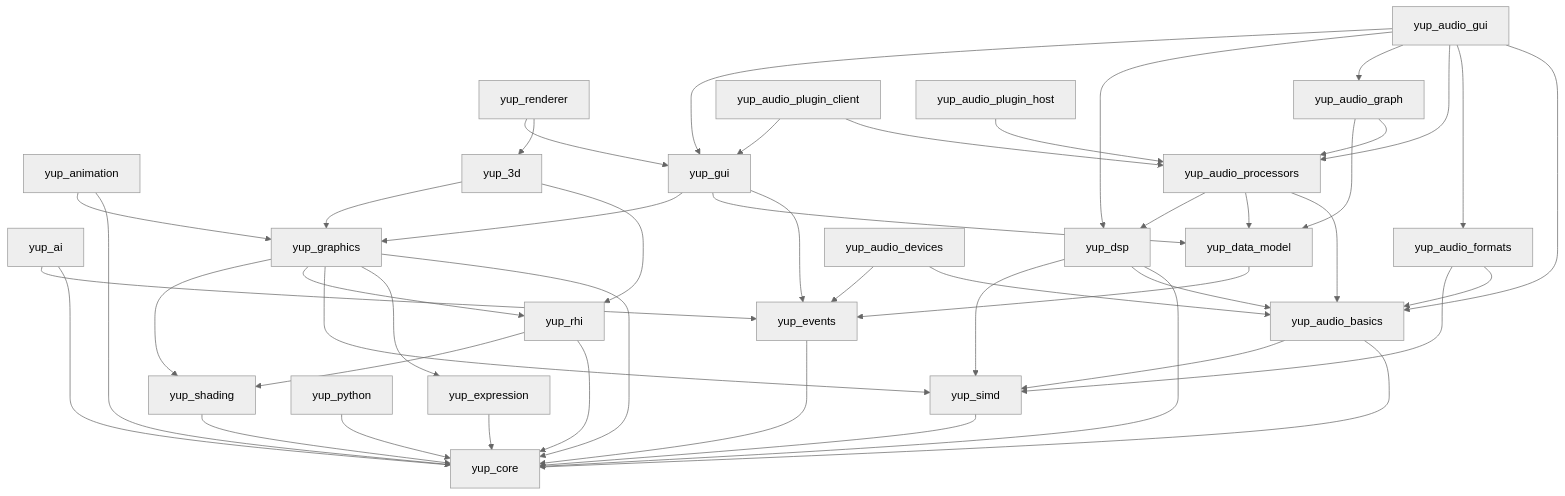
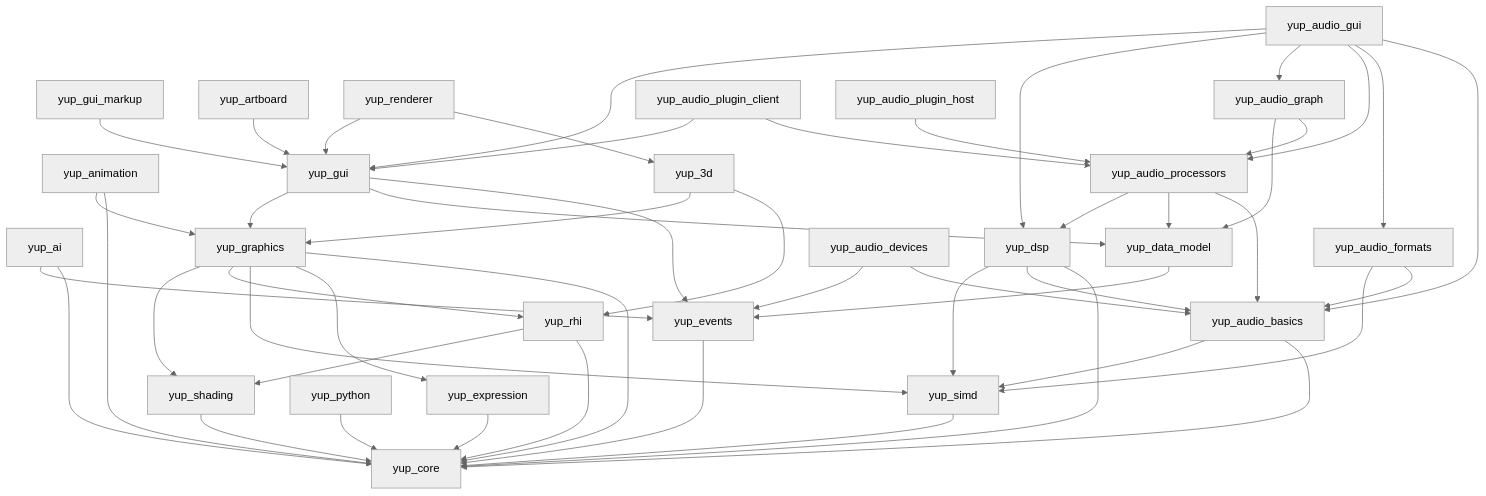
Before and after one commit to kunitoki/yup: diagram 27 of 27 in docs/modules.md, drawn with Mermaid (neutral theme). The commit also changed other lines of this file and 781 other files, not shown here.

````diff
--- a/docs/modules.md
+++ b/docs/modules.md
@@ -486,65 +528,69 @@
 ```mermaid
 flowchart TD
     simd[yup_simd] --> core[yup_core]
     events[yup_events] --> core
     expression[yup_expression] --> core
     shading[yup_shading] --> core
     rhi[yup_rhi] --> core
     rhi --> shading
     python[yup_python] --> core
     ai[yup_ai] --> core
     ai --> events
 
     graphics[yup_graphics] --> core
     graphics --> expression
     graphics --> simd
     graphics --> rhi
     graphics --> shading
 
     animation[yup_animation] --> core
     animation --> graphics
 
     data[yup_data_model] --> events
 
     gui[yup_gui] --> events
     gui --> data
     gui --> graphics
+
+    markup[yup_gui_markup] --> gui
+
+    artboard[yup_artboard] --> gui
 
     three[yup_3d] --> rhi
     three --> graphics
 
     renderer[yup_renderer] --> three
     renderer --> gui
 
     ab[yup_audio_basics] --> core
     ab --> simd
 
     dsp[yup_dsp] --> core
     dsp --> ab
     dsp --> simd
 
     afmt[yup_audio_formats] --> ab
     afmt --> simd
 
     adev[yup_audio_devices] --> ab
     adev --> events
 
     aproc[yup_audio_processors] --> ab
     aproc --> data
     aproc --> dsp
 
     agraph[yup_audio_graph] --> aproc
     agraph --> data
 
     aclient[yup_audio_plugin_client] --> aproc
     aclient --> gui
 
     ahost[yup_audio_plugin_host] --> aproc
 
     agui[yup_audio_gui] --> ab
     agui --> afmt
     agui --> aproc
     agui --> agraph
     agui --> dsp
     agui --> gui
 ```
````
